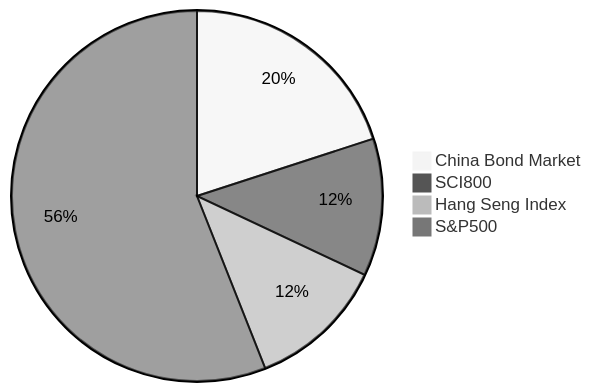
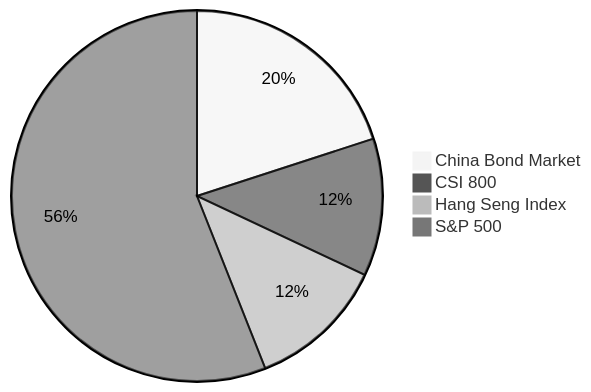
One commit to low-earth-orbit/notes changed the fourth of 5 diagrams in chinese-couch-potato.md. Above: the diagram before and after it, drawn with Mermaid (neutral theme). The commit also changed other lines of this file, not shown here.

````diff
--- a/chinese-couch-potato.md
+++ b/chinese-couch-potato.md
@@ -123,7 +123,7 @@
 ```mermaid
 pie
 "China Bond Market" : 20
-"SCI800" : 12
+"CSI 800" : 12
 "Hang Seng Index" : 12
-"S&P500" : 56
+"S&P 500" : 56
 ```
````
